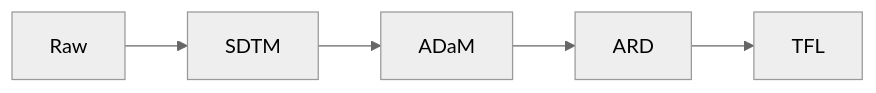
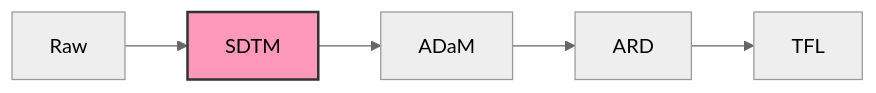
Before and after one commit to posit-conf-2025/pharmaverse: the diagram in slides/01-intro/index.qmd, drawn with Mermaid (neutral theme). The commit also changed 3 other files, not shown here.

````diff
--- a/slides/01-intro/index.qmd
+++ b/slides/01-intro/index.qmd
@@ -45,8 +45,14 @@
 ```{mermaid}
 %%| echo: FALSE
 flowchart LR
   A[Raw] --> B[SDTM]
   B[SDTM] --> C[ADaM]
   C[ADaM] --> D[ARD]
   D[ARD] --> E[TFL]
+  
+%% Apply the custom class "highlight" to node B
+class B highlight;
+
+%% Define the style for the "highlight" class:
+classDef highlight fill:#F9B, stroke:#333, stroke-width:2px;  
 ```
````
